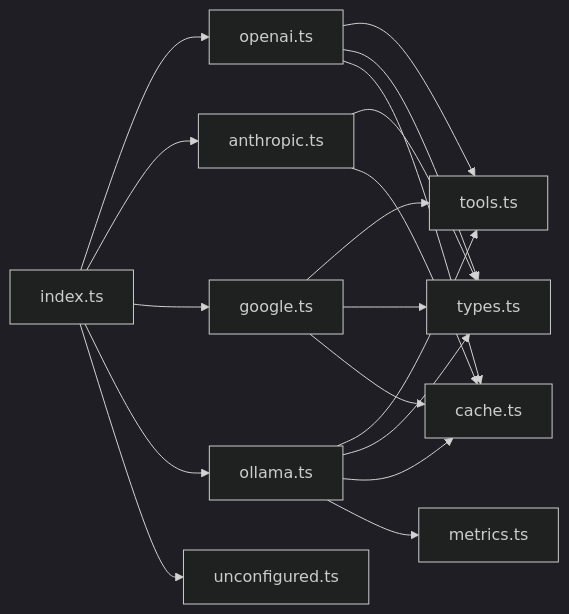
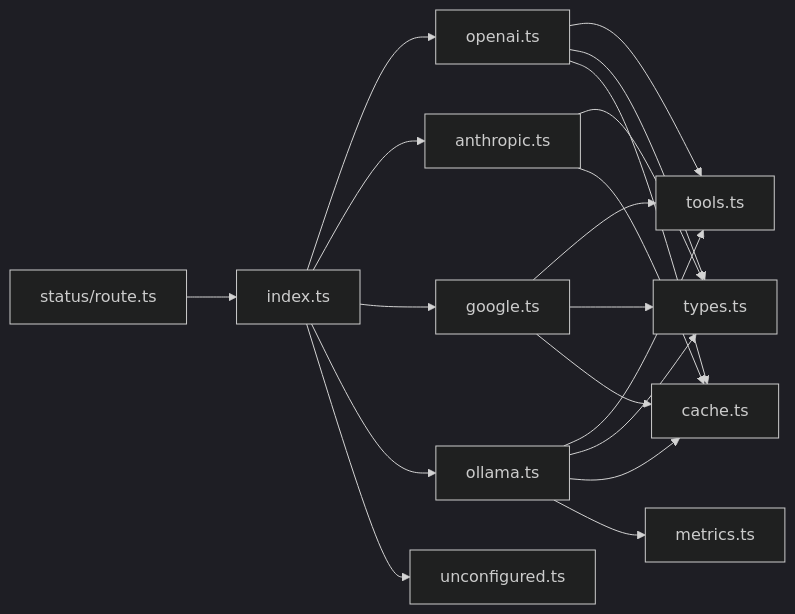
Before and after one commit to shekhargiri005-dotcom/AI-powered-accessibility-first-UI-engine: diagram 12 of 12 in .qoder/repowiki/en/content/Architecture & Design/Layered Architecture/Integration Layer/AI Provider Adapters.md, drawn with Mermaid (dark theme). The commit also changed other lines of this file and 9 other files, not shown here.

````diff
--- a/.qoder/repowiki/en/content/Architecture & Design/Layered Architecture/Integration Layer/AI Provider Adapters.md
+++ b/.qoder/repowiki/en/content/Architecture & Design/Layered Architecture/Integration Layer/AI Provider Adapters.md
@@ -448,20 +504,21 @@
 ```mermaid
 graph LR
 IDX["index.ts"] --> OA["openai.ts"]
 IDX --> AA["anthropic.ts"]
 IDX --> GA["google.ts"]
 IDX --> OLA["ollama.ts"]
 IDX --> UC["unconfigured.ts"]
 OA --> TOOLS["tools.ts"]
 GA --> TOOLS
 OLA --> TOOLS
 OA --> TYPES["types.ts"]
 AA --> TYPES
 GA --> TYPES
 OLA --> TYPES
 OLA --> CACHE["cache.ts"]
 OA --> CACHE
 AA --> CACHE
 GA --> CACHE
 OLA --> METRICS["metrics.ts"]
+STATUS["status/route.ts"] --> IDX
 ```
````
